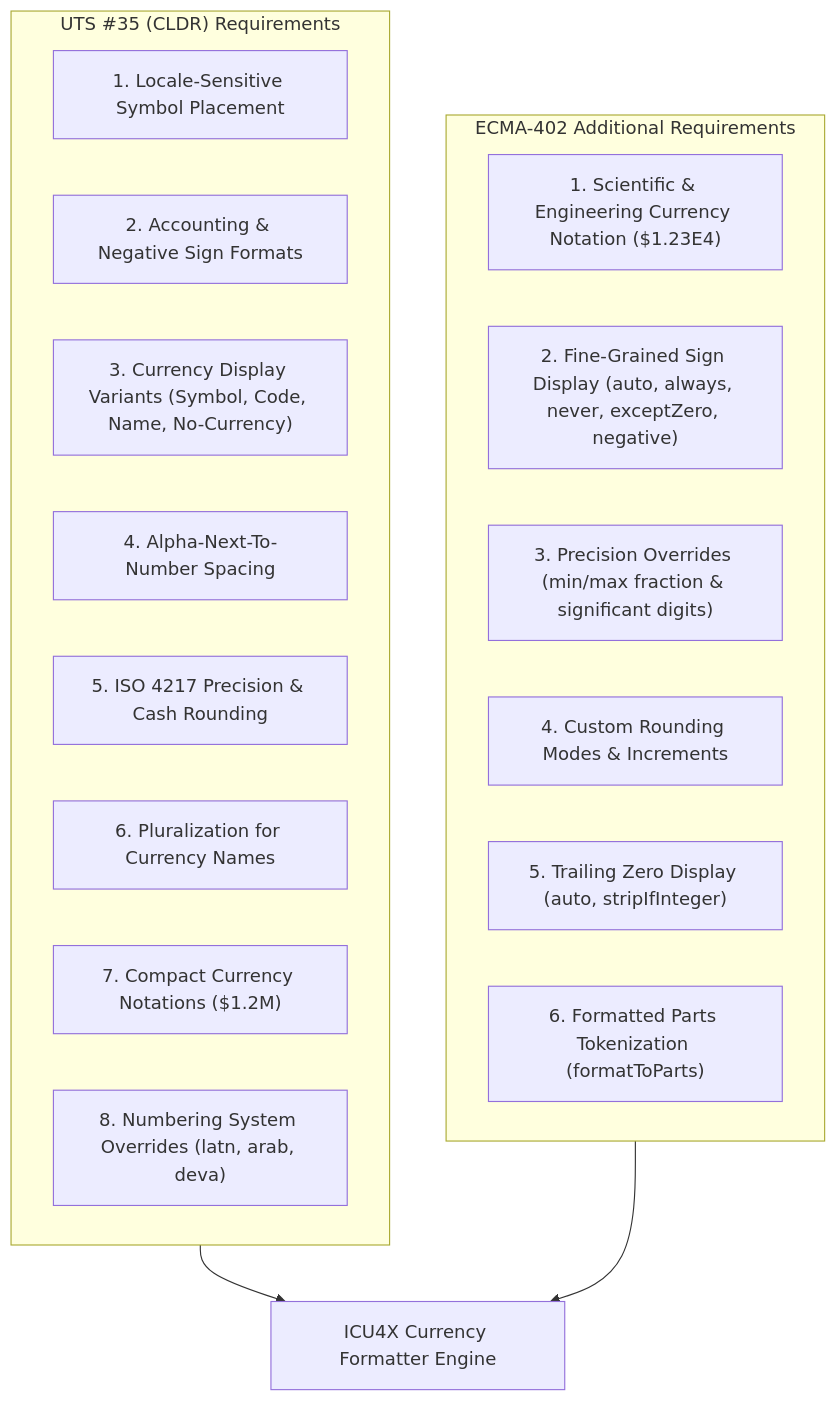
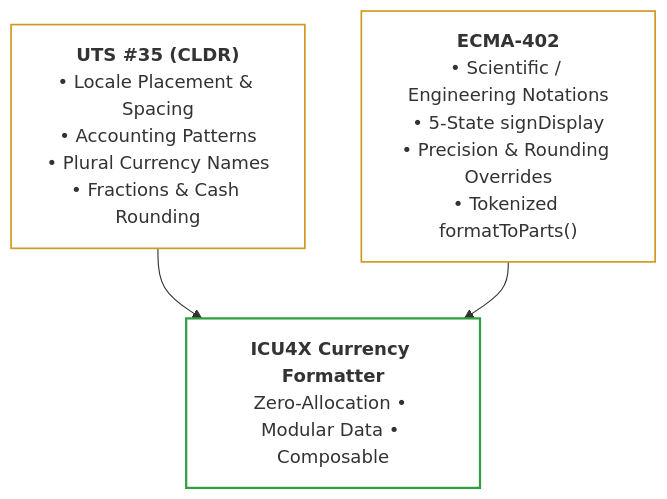
The first of 5 diagrams in documents/design/number/currency_formatter.md (unicode-org/icu4x), drawn with Mermaid before and after one commit. The commit also changed other lines of this file, not shown here.

Commit message:
docs: Refine currency formatter design doc, simplify diagrams, and complete specifications

````diff
--- a/documents/design/number/currency_formatter.md
+++ b/documents/design/number/currency_formatter.md
@@ -36,25 +49,12 @@
 ```mermaid
 graph TD
-    subgraph UTS35["UTS #35 (CLDR) Requirements"]
-        U1["1. Locale-Sensitive Symbol Placement"]
-        U2["2. Accounting & Negative Sign Formats"]
-        U3["3. Currency Display Variants (Symbol, Code, Name, No-Currency)"]
-        U4["4. Alpha-Next-To-Number Spacing"]
-        U5["5. ISO 4217 Precision & Cash Rounding"]
-        U6["6. Pluralization for Currency Names"]
-        U7["7. Compact Currency Notations ($1.2M)"]
-        U8["8. Numbering System Overrides (latn, arab, deva)"]
-    end
+    classDef default stroke:#58a6ff,stroke-width:1.5px,fill:none;
+    classDef spec stroke:#d29922,stroke-width:1.5px,fill:none;
+    classDef engine stroke:#2ea043,stroke-width:2px,fill:none;
 
-    subgraph ECMA402["ECMA-402 Additional Requirements"]
-        E1["1. Scientific & Engineering Currency Notation ($1.23E4)"]
-        E2["2. Fine-Grained Sign Display (auto, always, never, exceptZero, negative)"]
-        E3["3. Precision Overrides (min/max fraction & significant digits)"]
-        E4["4. Custom Rounding Modes & Increments"]
-        E5["5. Trailing Zero Display (auto, stripIfInteger)"]
-        E6["6. Formatted Parts Tokenization (formatToParts)"]
-    end
+    UTS35["<b>UTS #35 (CLDR)</b><br>• Locale Placement & Spacing<br>• Accounting Patterns<br>• Plural Currency Names<br>• Fractions & Cash Rounding"]:::spec
+    ECMA402["<b>ECMA-402</b><br>• Scientific / Engineering Notations<br>• 5-State signDisplay<br>• Precision & Rounding Overrides<br>• Tokenized formatToParts()"]:::spec
 
-    UTS35 --> Formatter["ICU4X Currency Formatter Engine"]
+    UTS35 --> Formatter["<b>ICU4X Currency Formatter</b><br>Zero-Allocation • Modular Data • Composable"]:::engine
     ECMA402 --> Formatter
 ```
````
